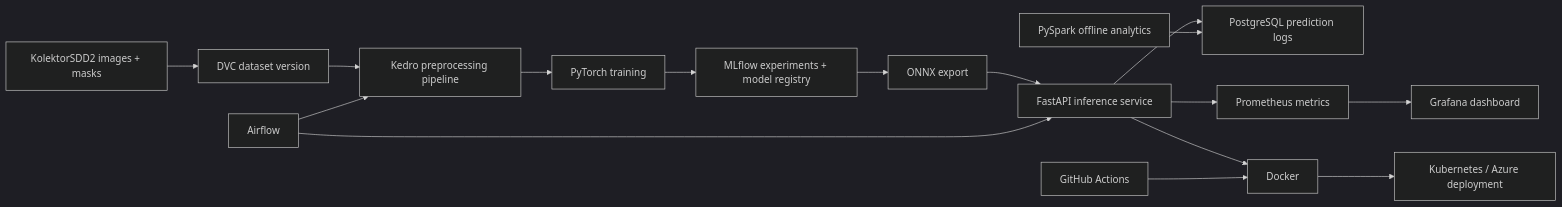
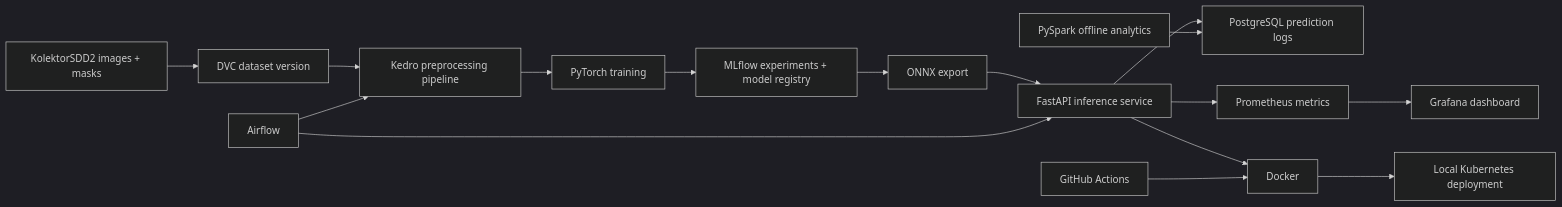
One commit to ekrov/factoryvision-mlops changed the diagram in README.md. Above: the diagram before and after it, drawn with Mermaid (dark theme). The commit also changed other lines of this file and 5 other files, not shown here.

````diff
--- a/README.md
+++ b/README.md
@@ -63,18 +114,18 @@
 ```mermaid
 flowchart LR
     A["KolektorSDD2 images + masks"] --> B["DVC dataset version"]
     B --> C["Kedro preprocessing pipeline"]
     C --> D["PyTorch training"]
     D --> E["MLflow experiments + model registry"]
     E --> F["ONNX export"]
     F --> G["FastAPI inference service"]
     G --> H["PostgreSQL prediction logs"]
     G --> I["Prometheus metrics"]
     I --> J["Grafana dashboard"]
     G --> K["Docker"]
-    K --> L["Kubernetes / Azure deployment"]
+    K --> L["Local Kubernetes deployment"]
     M["Airflow"] --> C
     M --> G
     N["GitHub Actions"] --> K
     O["PySpark offline analytics"] --> H
 ```
````
